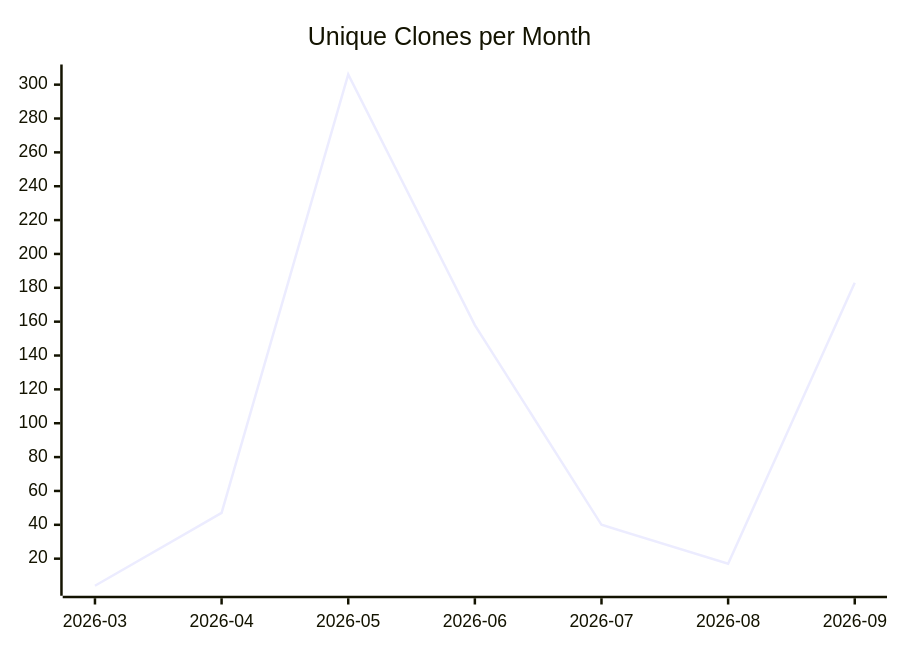
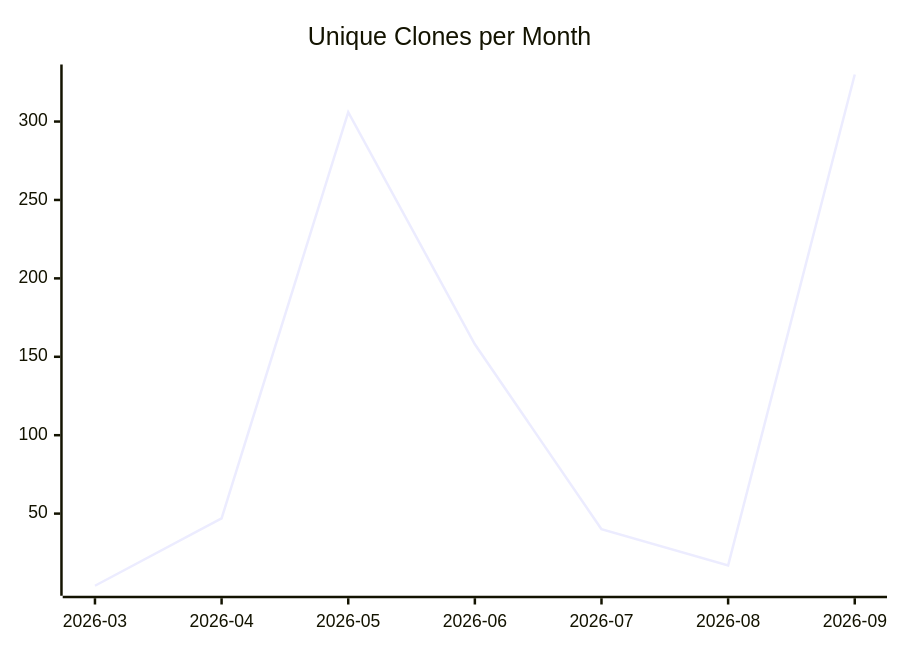
Before and after one commit to justdavis-family/github-analytics-data: the third of 3 diagrams in karlmdavis/dotfiles/README.md, drawn with Mermaid. The commit also changed other lines of this file and 200 other files, not shown here.

````diff
--- a/karlmdavis/dotfiles/README.md
+++ b/karlmdavis/dotfiles/README.md
@@ -19,6 +19,6 @@
 ```mermaid
 xychart-beta
   title "Unique Clones per Month"
   x-axis ["2026-03", "2026-04", "2026-05", "2026-06", "2026-07", "2026-08", "2026-09"]
-  line [4, 47, 306, 158, 40, 17, 183]
+  line [4, 47, 306, 158, 40, 17, 330]
 ```
````
